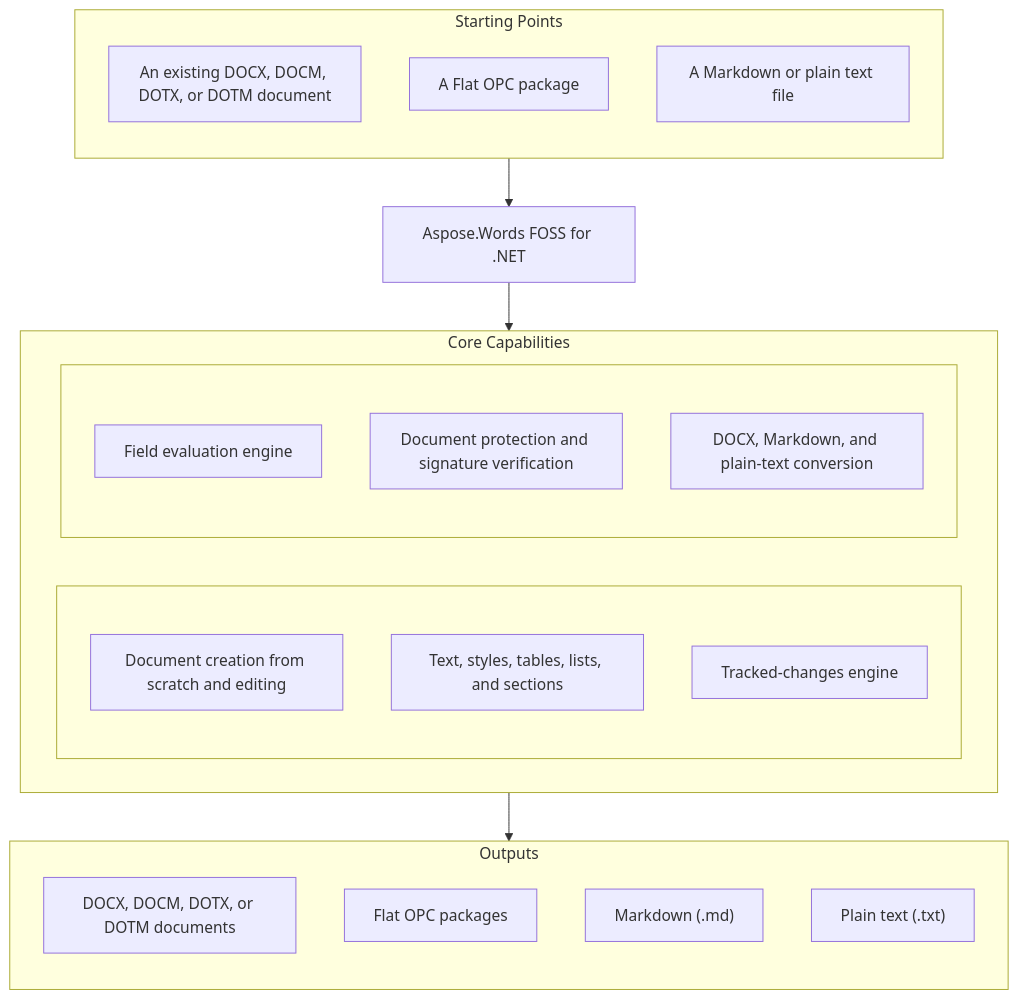
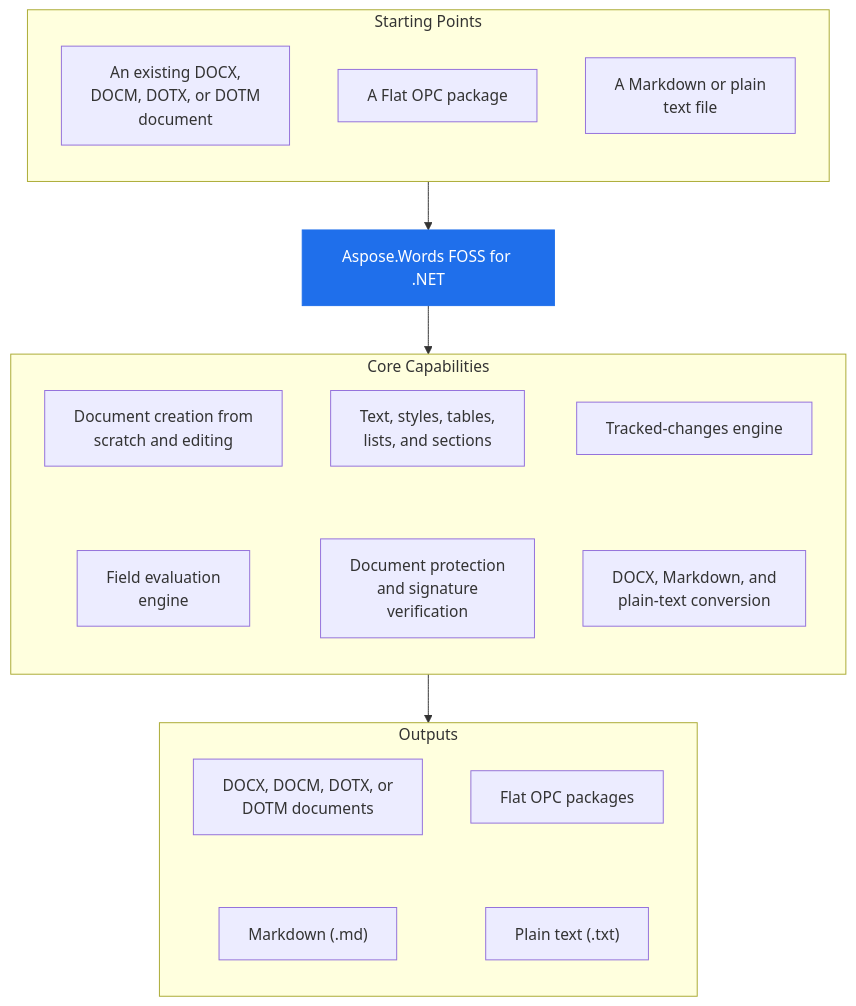
One commit to babar-raza/repo-presenter changed the diagram in 0d3f1add920f5294d726b4f286c2d6ba7c3ae22c/README.md. Above: the diagram before and after it, drawn with Mermaid. The commit also changed 6 other files, not shown here.

````diff
--- a/0d3f1add920f5294d726b4f286c2d6ba7c3ae22c/README.md
+++ b/0d3f1add920f5294d726b4f286c2d6ba7c3ae22c/README.md
@@ -9,33 +9,34 @@
 ```mermaid
-flowchart TD
+flowchart TB
   subgraph StartingPoints["Starting Points"]
     direction TB
-    i1["An existing DOCX, DOCM, DOTX, or DOTM document"]
+    i1["An existing DOCX,<br/>DOCM, DOTX, or DOTM<br/>document"]
     i2["A Flat OPC package"]
-    i3["A Markdown or plain text file"]
+    i3["A Markdown or plain<br/>text file"]
   end
   PRODUCT["Aspose.Words FOSS for .NET"]
   subgraph Capabilities["Core Capabilities"]
-    direction LR
-    subgraph capl[" "]
-      direction TB
-      c1["Document creation from scratch and editing"]
-      c2["Text, styles, tables, lists, and sections"]
-      c3["Tracked-changes engine"]
-    end
-    subgraph capr[" "]
-      direction TB
-      c4["Field evaluation engine"]
-      c5["Document protection and signature verification"]
-      c6["DOCX, Markdown, and plain-text conversion"]
-    end
+    direction TB
+    c1["Document creation from<br/>scratch and editing"]
+    c2["Text, styles, tables,<br/>lists, and sections"]
+    c3["Tracked-changes engine"]
+    c4["Field evaluation<br/>engine"]
+    c5["Document protection<br/>and signature<br/>verification"]
+    c6["DOCX, Markdown, and<br/>plain-text conversion"]
+    c1 ~~~ c4
+    c2 ~~~ c5
+    c3 ~~~ c6
   end
   subgraph Outputs["Outputs"]
     direction TB
-    o1["DOCX, DOCM, DOTX, or DOTM documents"]
+    o1["DOCX, DOCM, DOTX, or<br/>DOTM documents"]
     o2["Flat OPC packages"]
     o3["Markdown (.md)"]
     o4["Plain text (.txt)"]
+    o1 ~~~ o3
+    o2 ~~~ o4
   end
   StartingPoints --> PRODUCT --> Capabilities --> Outputs
+  classDef product fill:#1f6feb,stroke:#1f6feb,color:#ffffff
+  class PRODUCT product
 ```
````
